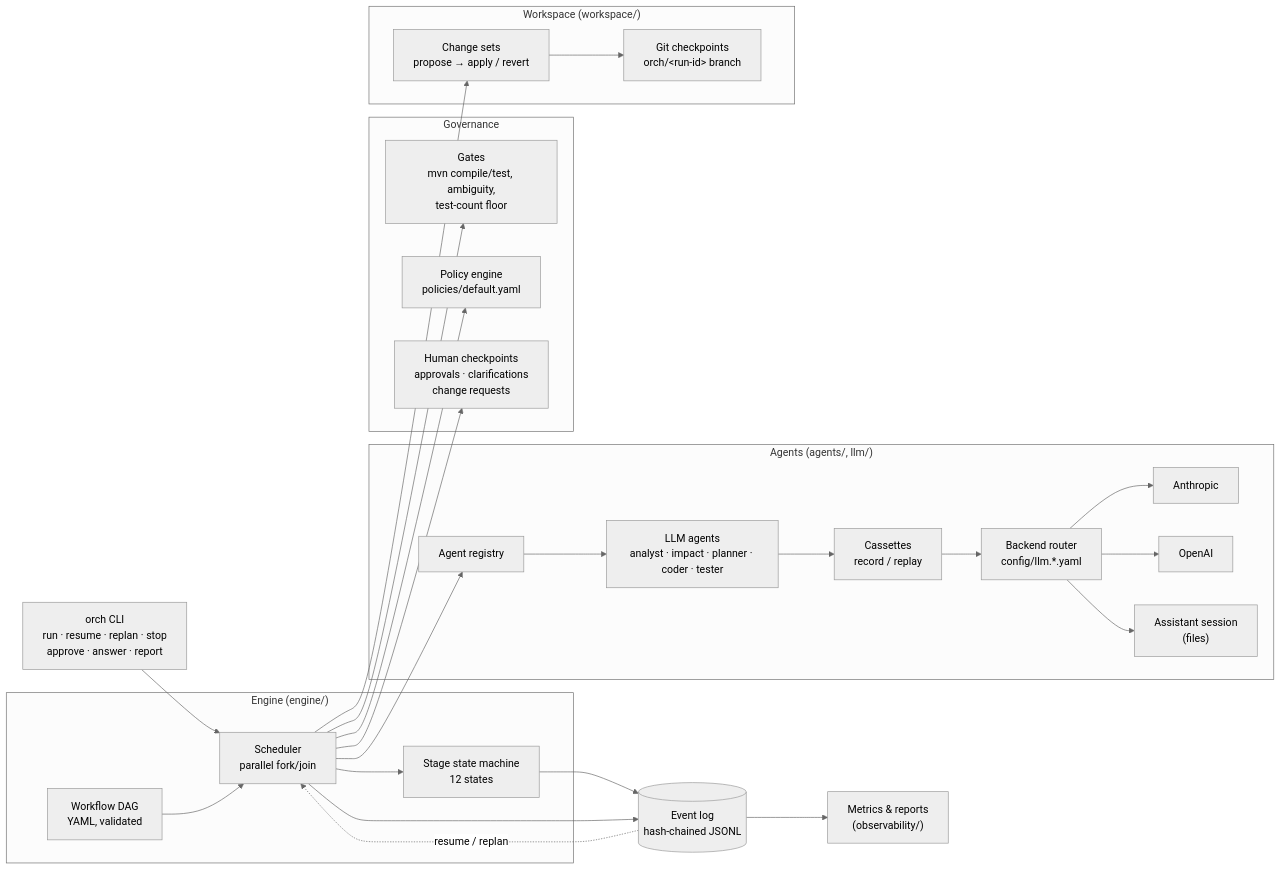
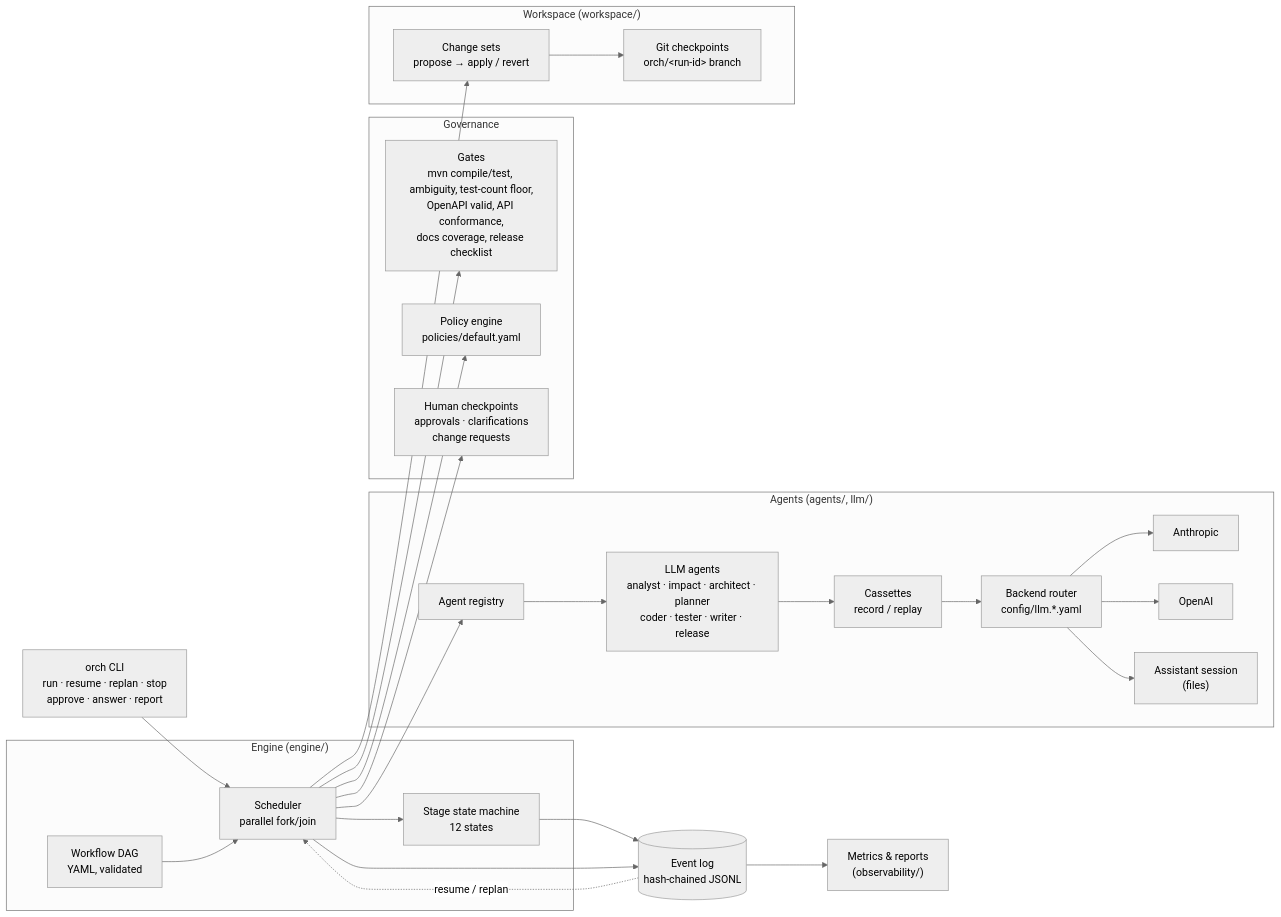
The first of 5 diagrams in docs/ARCHITECTURE.md (roopesh99/agentic-url-shortener), drawn with Mermaid (neutral theme) before and after one commit. The commit also changed other lines of this file and 7 other files, not shown here.

````diff
--- a/docs/ARCHITECTURE.md
+++ b/docs/ARCHITECTURE.md
@@ -17,39 +17,39 @@
 ```mermaid
 flowchart LR
     CLI["orch CLI<br/>run · resume · replan · stop<br/>approve · answer · report"]
     subgraph Engine["Engine (engine/)"]
         DAG["Workflow DAG<br/>YAML, validated"]
         SCH["Scheduler<br/>parallel fork/join"]
         SM["Stage state machine<br/>12 states"]
     end
     subgraph Agents["Agents (agents/, llm/)"]
         REG["Agent registry"]
-        LLMA["LLM agents<br/>analyst · impact · planner · coder · tester"]
+        LLMA["LLM agents<br/>analyst · impact · architect · planner<br/>coder · tester · writer · release"]
         ROUTE["Backend router<br/>config/llm.*.yaml"]
         P1["Anthropic"]
         P2["OpenAI"]
         P3["Assistant session<br/>(files)"]
         CAS["Cassettes<br/>record / replay"]
     end
     subgraph Governance
-        GATES["Gates<br/>mvn compile/test, ambiguity,<br/>test-count floor"]
+        GATES["Gates<br/>mvn compile/test, ambiguity, test-count floor,<br/>OpenAPI valid, API conformance,<br/>docs coverage, release checklist"]
         POL["Policy engine<br/>policies/default.yaml"]
         APP["Human checkpoints<br/>approvals · clarifications<br/>change requests"]
     end
     subgraph Workspace["Workspace (workspace/)"]
         CS["Change sets<br/>propose → apply / revert"]
         GIT["Git checkpoints<br/>orch/&lt;run-id&gt; branch"]
     end
     LOG[("Event log<br/>hash-chained JSONL")]
     OBS["Metrics & reports<br/>(observability/)"]
 
     CLI --> SCH
     DAG --> SCH --> SM
     SCH --> REG --> LLMA --> CAS --> ROUTE --> P1 & P2 & P3
     SCH --> POL & GATES & APP
     SCH --> CS --> GIT
     SM --> LOG
     SCH --> LOG
     LOG --> OBS
     LOG -. resume / replan .-> SCH
 ```
````
